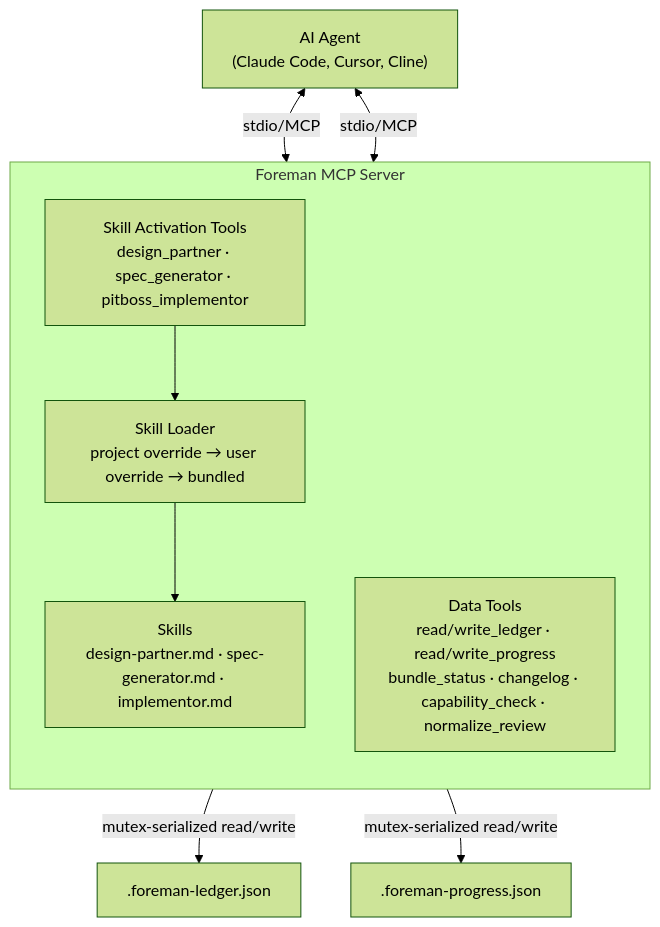
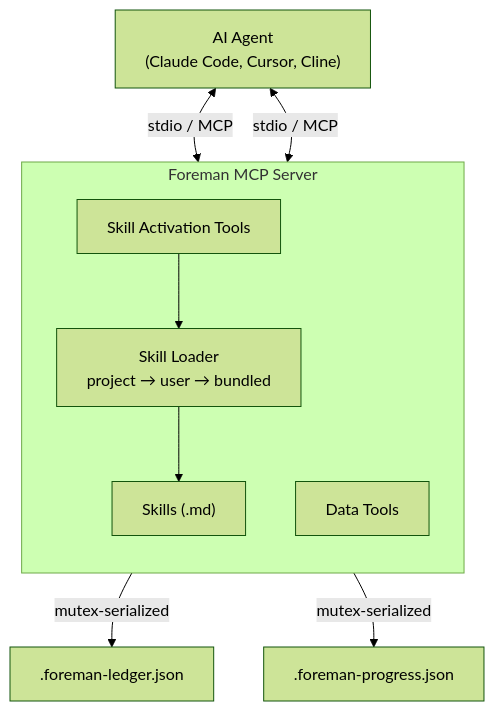
One commit to malindarathnayake/Foreman changed the second of 2 diagrams in README.md. Above: the diagram before and after it, drawn with Mermaid (forest theme). The commit also changed other lines of this file, not shown here.

````diff
--- a/README.md
+++ b/README.md
@@ -220,22 +142,21 @@
 ```mermaid
 graph TD
     Agent["AI Agent<br/>(Claude Code, Cursor, Cline)"]
 
     subgraph Foreman MCP Server
         direction TB
-        SKT["Skill Activation Tools<br/>design_partner · spec_generator · pitboss_implementor"]
-        DT["Data Tools<br/>read/write_ledger · read/write_progress<br/>bundle_status · changelog · capability_check · normalize_review"]
-        SL["Skill Loader<br/>project override → user override → bundled"]
-        SK["Skills<br/>design-partner.md · spec-generator.md · implementor.md"]
+        SKT["Skill Activation Tools"]
+        DT["Data Tools"]
+        SL["Skill Loader<br/>project → user → bundled"]
+        SK["Skills (.md)"]
     end
 
     Ledger[".foreman-ledger.json"]
     Progress[".foreman-progress.json"]
 
-    Agent <-->|"stdio/MCP"| SKT
-    Agent <-->|"stdio/MCP"| DT
-    SKT --> SL
-    SL --> SK
-    DT -->|"mutex-serialized read/write"| Ledger
-    DT -->|"mutex-serialized read/write"| Progress
+    Agent <-->|"stdio / MCP"| SKT
+    Agent <-->|"stdio / MCP"| DT
+    SKT --> SL --> SK
+    DT -->|"mutex-serialized"| Ledger
+    DT -->|"mutex-serialized"| Progress
 ```
````
